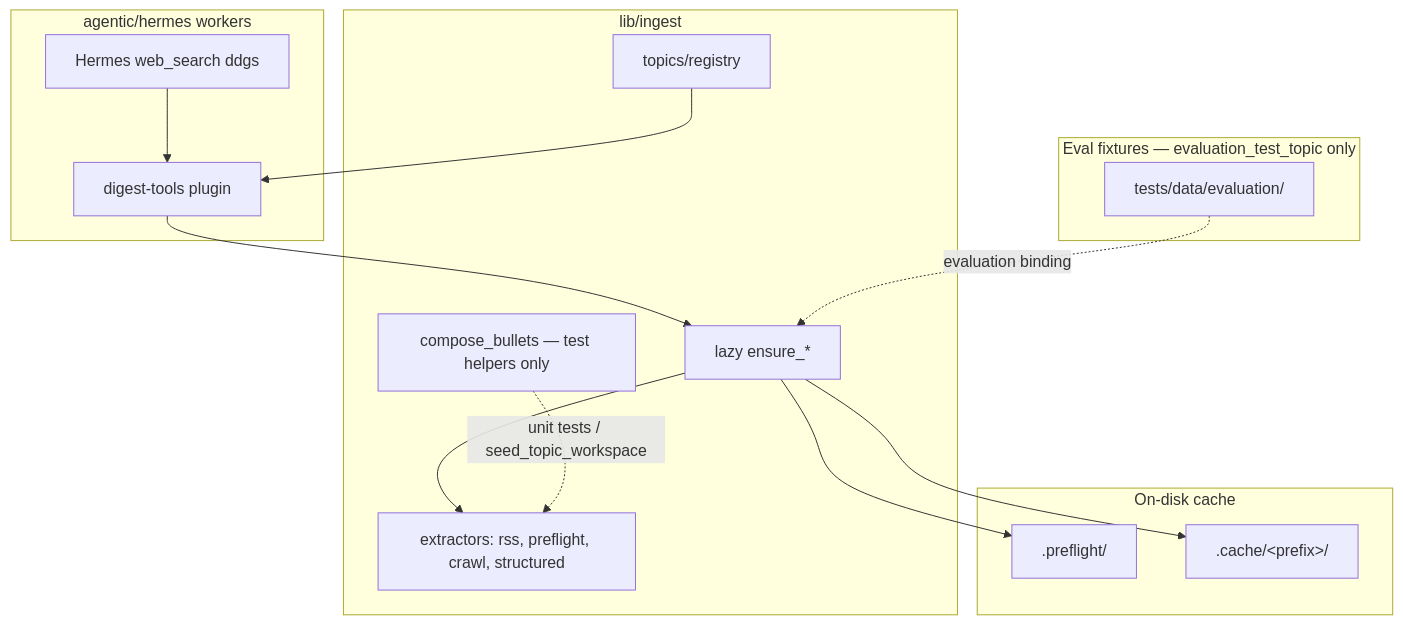
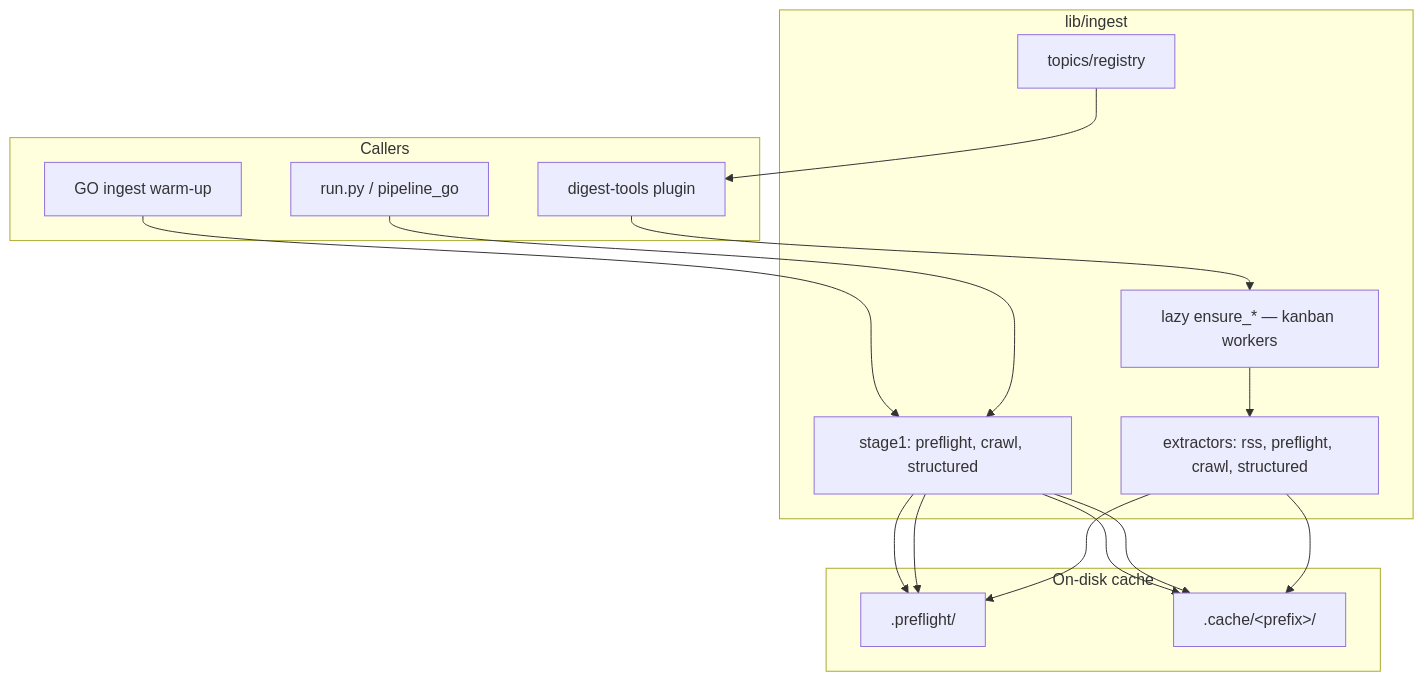
The third of 4 diagrams in agentic/hermes/docs/ARCHITECTURE.md (mameen/AI_Digest), drawn with Mermaid before and after one commit. The commit also changed other lines of this file and 53 other files, not shown here.

````diff
--- a/agentic/hermes/docs/ARCHITECTURE.md
+++ b/agentic/hermes/docs/ARCHITECTURE.md
@@ -133,32 +106,25 @@
 ```mermaid
 flowchart TB
     subgraph lib [lib/ingest]
         REG[topics/registry]
-        LAZY[lazy ensure_*]
+        ST1[stage1: preflight, crawl, structured]
+        LAZY[lazy ensure_* — kanban workers]
         EXT[extractors: rss, preflight, crawl, structured]
-        COMPOSE[compose_bullets — test helpers only]
     end
 
-    subgraph fixtures [Eval fixtures — evaluation_test_topic only]
-        EV["tests/data/evaluation/"]
+    subgraph tracks [Callers]
+        WARM[GO ingest warm-up]
+        WORK[digest-tools plugin]
+        BATCH[run.py / pipeline_go]
     end
 
-    subgraph hermes [agentic/hermes workers]
-        PLUG[digest-tools plugin]
-        WEB[Hermes web_search ddgs]
-    end
-
-  subgraph cache [On-disk cache]
+    subgraph cache [On-disk cache]
         PF[".preflight/"]
         CA[".cache/&lt;prefix&gt;/"]
     end
 
-    REG --> PLUG
-    PLUG --> LAZY
-    LAZY --> EXT
-    LAZY --> PF
-    LAZY --> CA
-    EV -.->|evaluation binding| LAZY
-    WEB --> PLUG
-    COMPOSE -.->|unit tests / seed_topic_workspace| EXT
+    WARM --> ST1 --> PF & CA
+    BATCH --> ST1 --> PF & CA
+    WORK --> LAZY --> EXT --> PF & CA
+    REG --> WORK
 ```
````
